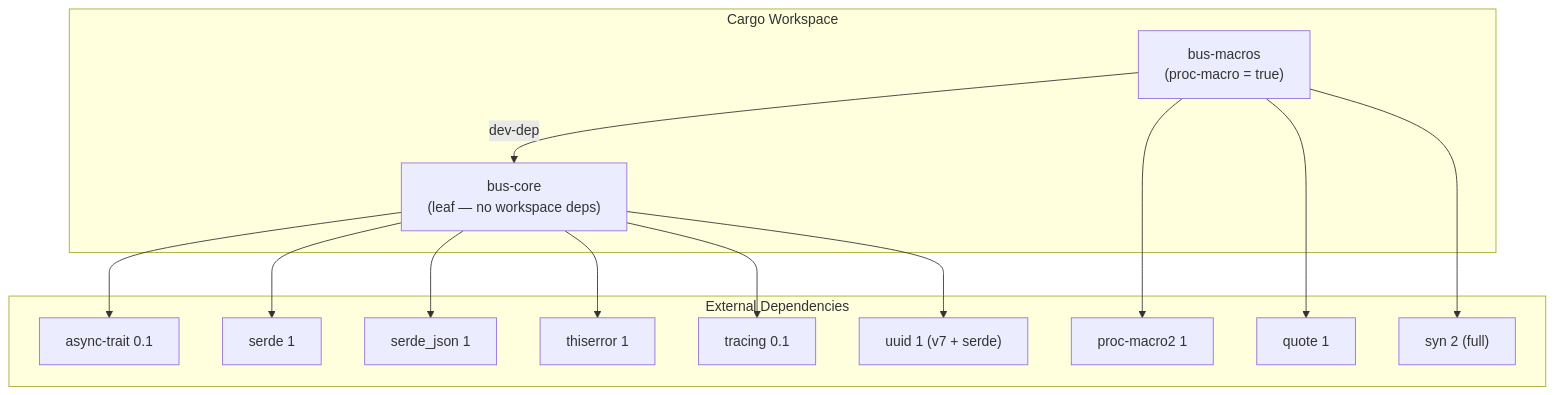
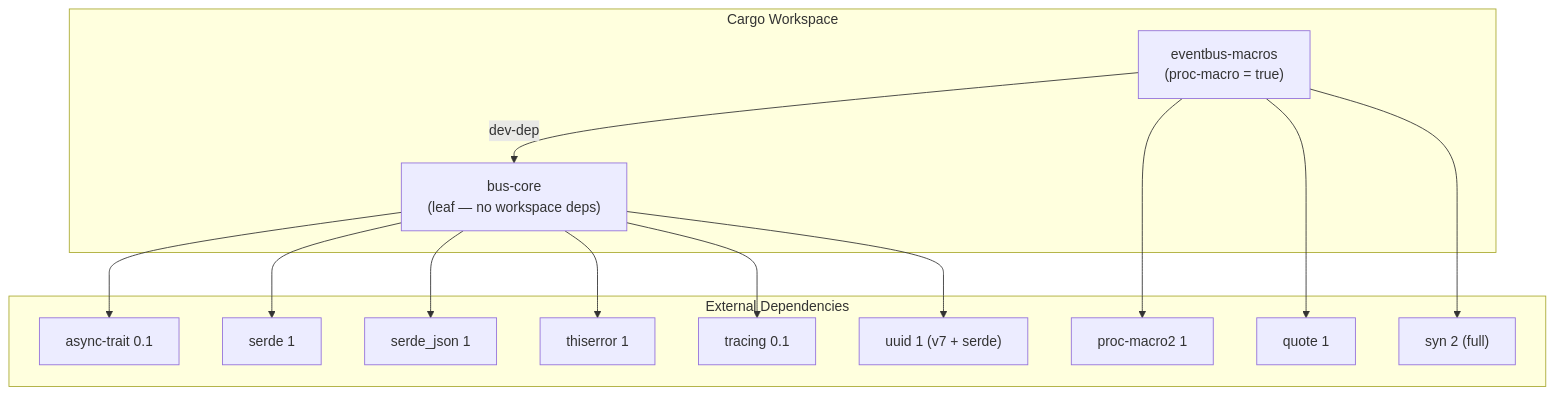
Before and after one commit to scriptkid23/eventbus-rs: the first of 6 diagrams in docs/diagrams/plan-1-diagrams.md, drawn with Mermaid. The commit also changed other lines of this file and 22 other files, not shown here.

First line of the commit message:
refactor: rename `bus-macros` to `eventbus-macros` across the workspace

````diff
--- a/docs/diagrams/plan-1-diagrams.md
+++ b/docs/diagrams/plan-1-diagrams.md
@@ -5,32 +5,32 @@
 ```mermaid
 graph TD
     subgraph Workspace["Cargo Workspace"]
         BC["bus-core<br/>(leaf — no workspace deps)"]
-        BM["bus-macros<br/>(proc-macro = true)"]
+        BM["eventbus-macros<br/>(proc-macro = true)"]
     end
 
     BM -->|dev-dep| BC
 
     subgraph ExtDeps["External Dependencies"]
         AT["async-trait 0.1"]
         SE["serde 1"]
         SJ["serde_json 1"]
         TE["thiserror 1"]
         TR["tracing 0.1"]
         UU["uuid 1 (v7 + serde)"]
         PM["proc-macro2 1"]
         QU["quote 1"]
         SY["syn 2 (full)"]
     end
 
     BC --> AT
     BC --> SE
     BC --> SJ
     BC --> TE
     BC --> TR
     BC --> UU
 
     BM --> PM
     BM --> QU
     BM --> SY
 ```
````
